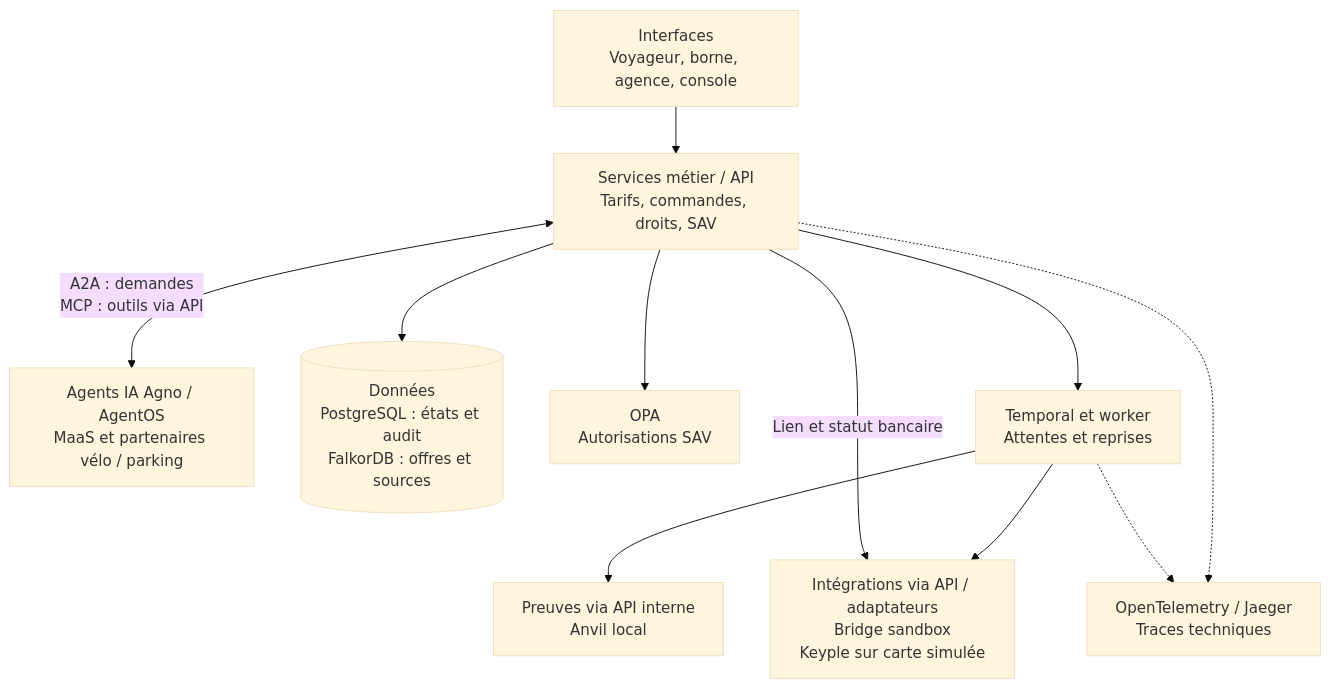
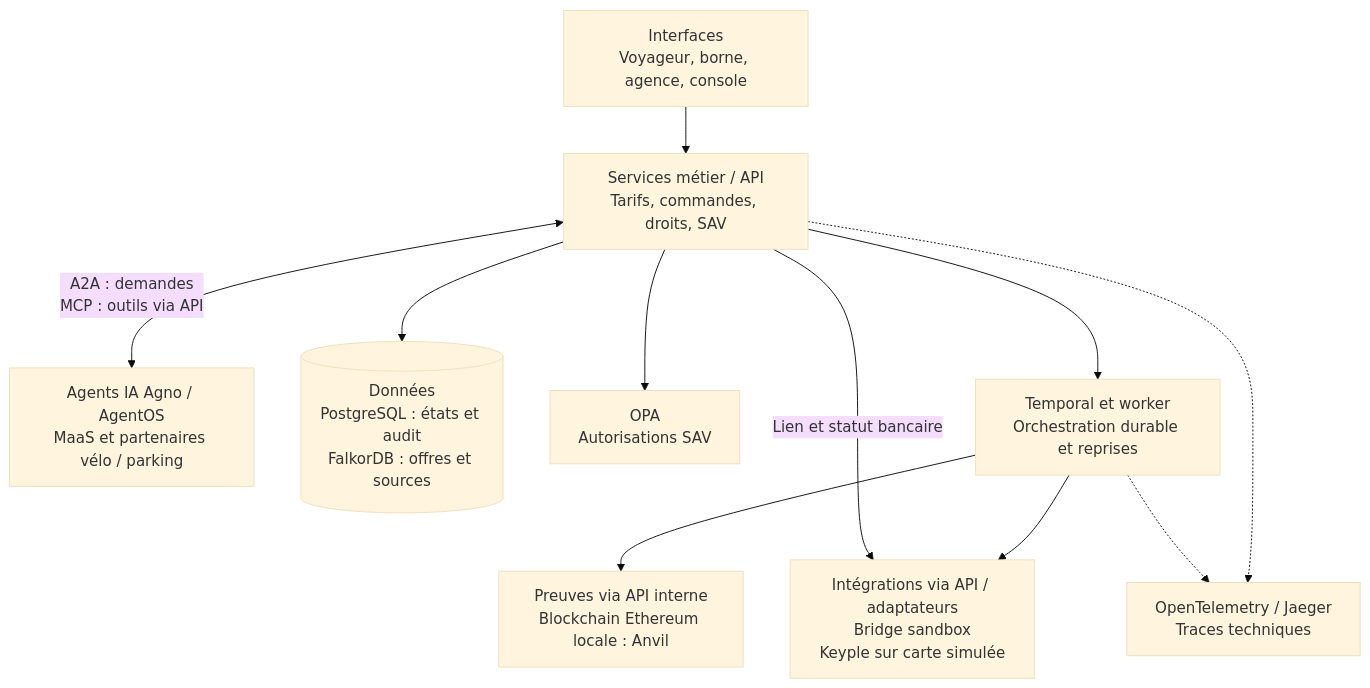
Before and after one commit to MaillardBenjamin/agentic-maas-lab: the diagram in docs/architecture/README.md, drawn with Mermaid (base theme). The commit also changed other lines of this file and 6 other files, not shown here.

Commit message:
docs: explain Temporal concepts and blockchain benefits

````diff
--- a/docs/architecture/README.md
+++ b/docs/architecture/README.md
@@ -30,13 +32,13 @@
 ```mermaid
 flowchart TB
     UI["Interfaces<br/>Voyageur, borne, agence, console"] --> API["Services métier / API<br/>Tarifs, commandes, droits, SAV"]
     API <-->|"A2A : demandes<br/>MCP : outils via API"| IA["Agents IA Agno / AgentOS<br/>MaaS et partenaires vélo / parking"]
     API --> DATA[("Données<br/>PostgreSQL : états et audit<br/>FalkorDB : offres et sources")]
     API --> OPA["OPA<br/>Autorisations SAV"]
-    API --> T["Temporal et worker<br/>Attentes et reprises"]
+    API --> T["Temporal et worker<br/>Orchestration durable et reprises"]
     T --> EXT["Intégrations via API / adaptateurs<br/>Bridge sandbox<br/>Keyple sur carte simulée"]
     API -->|"Lien et statut bancaire"| EXT
-    T --> PROOF["Preuves via API interne<br/>Anvil local"]
+    T --> PROOF["Preuves via API interne<br/>Blockchain Ethereum locale : Anvil"]
     API -.-> OBS["OpenTelemetry / Jaeger<br/>Traces techniques"]
     T -.-> OBS
 ```
````
